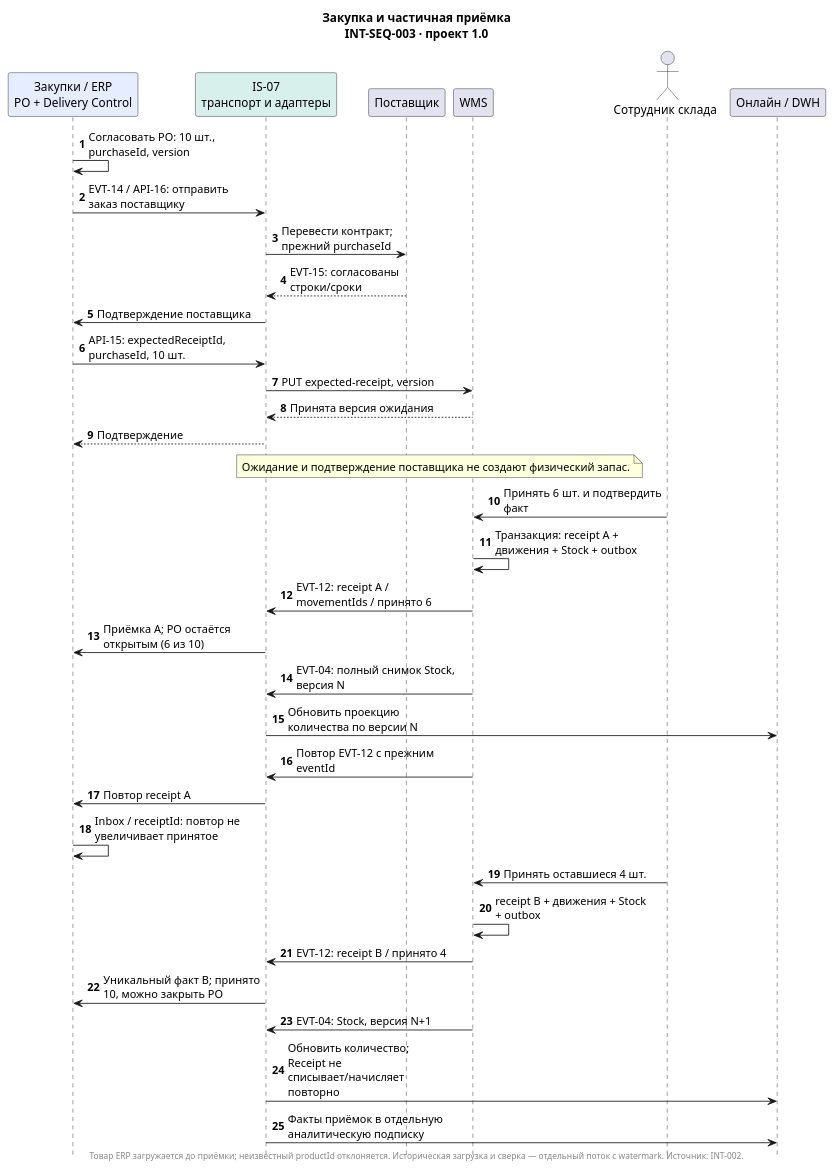
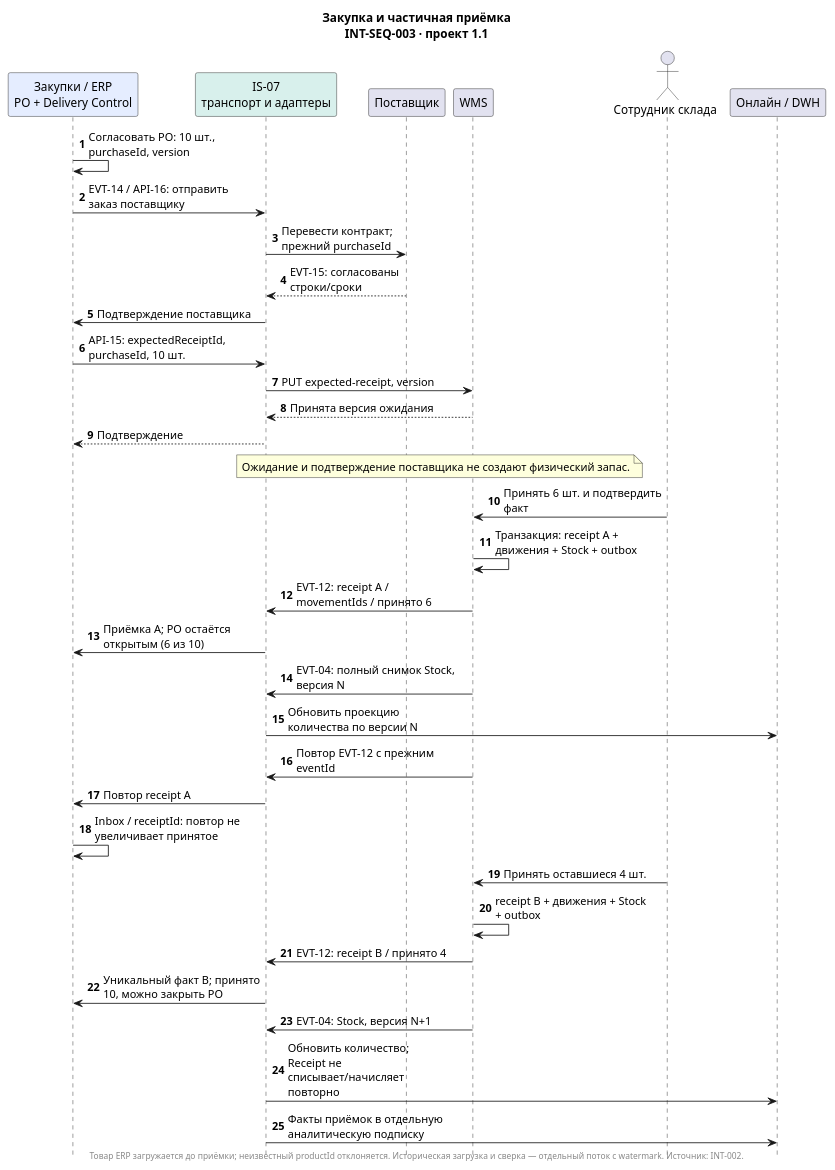
One commit to rsingatulin/hse_architecture changed the diagram in 06_integration_architecture/diagrams/INT-SEQ-003-procurement.puml. Above: the diagram before and after it, drawn with PlantUML. The commit also changed 27 other files, not shown here.

```diff
--- a/06_integration_architecture/diagrams/INT-SEQ-003-procurement.puml
+++ b/06_integration_architecture/diagrams/INT-SEQ-003-procurement.puml
@@ -1,42 +1,42 @@
 @startuml INT-SEQ-003-procurement
 skinparam backgroundColor white
 skinparam defaultFontName Arial
 skinparam shadowing false
 skinparam maxMessageSize 190
 hide footbox
 autonumber
-title Закупка и частичная приёмка\nINT-SEQ-003 · проект 1.0
+title Закупка и частичная приёмка\nINT-SEQ-003 · проект 1.1
 participant "Закупки / ERP\nPO + Delivery Control" as PO #E5EDFF
 participant "IS-07\nтранспорт и адаптеры" as IP #D8F0EC
 participant "Поставщик" as Supplier
 participant "WMS" as WMS
 actor "Сотрудник склада" as Clerk
 participant "Онлайн / DWH" as Read
 PO -> PO: Согласовать PO: 10 шт., purchaseId, version
 PO -> IP: EVT-14 / API-16: отправить заказ поставщику
 IP -> Supplier: Перевести контракт; прежний purchaseId
 Supplier --> IP: EVT-15: согласованы строки/сроки
 IP -> PO: Подтверждение поставщика
 PO -> IP: API-15: expectedReceiptId, purchaseId, 10 шт.
 IP -> WMS: PUT expected-receipt, version
 WMS --> IP: Принята версия ожидания
 IP --> PO: Подтверждение
 note over Supplier,WMS: Ожидание и подтверждение поставщика не создают физический запас.
 Clerk -> WMS: Принять 6 шт. и подтвердить факт
 WMS -> WMS: Транзакция: receipt A + движения + Stock + outbox
 WMS -> IP: EVT-12: receipt A / movementIds / принято 6
 IP -> PO: Приёмка A; PO остаётся открытым (6 из 10)
 WMS -> IP: EVT-04: полный снимок Stock, версия N
 IP -> Read: Обновить проекцию количества по версии N
 WMS -> IP: Повтор EVT-12 с прежним eventId
 IP -> PO: Повтор receipt A
 PO -> PO: Inbox / receiptId: повтор не увеличивает принятое
 Clerk -> WMS: Принять оставшиеся 4 шт.
 WMS -> WMS: receipt B + движения + Stock + outbox
 WMS -> IP: EVT-12: receipt B / принято 4
 IP -> PO: Уникальный факт B; принято 10, можно закрыть PO
 WMS -> IP: EVT-04: Stock, версия N+1
 IP -> Read: Обновить количество; Receipt не списывает/начисляет повторно
 IP -> Read: Факты приёмок в отдельную аналитическую подписку
 footer Товар ERP загружается до приёмки; неизвестный productId отклоняется. Историческая загрузка и сверка — отдельный поток с watermark. Источник: INT-002.
 @enduml
```
